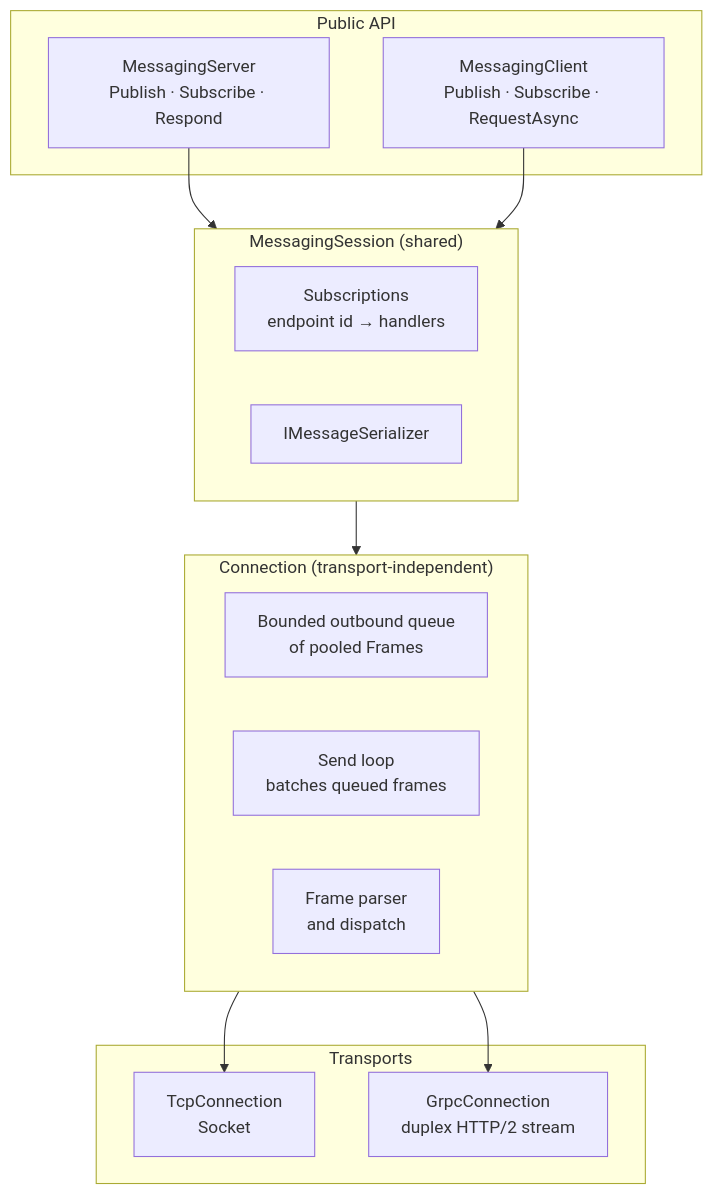
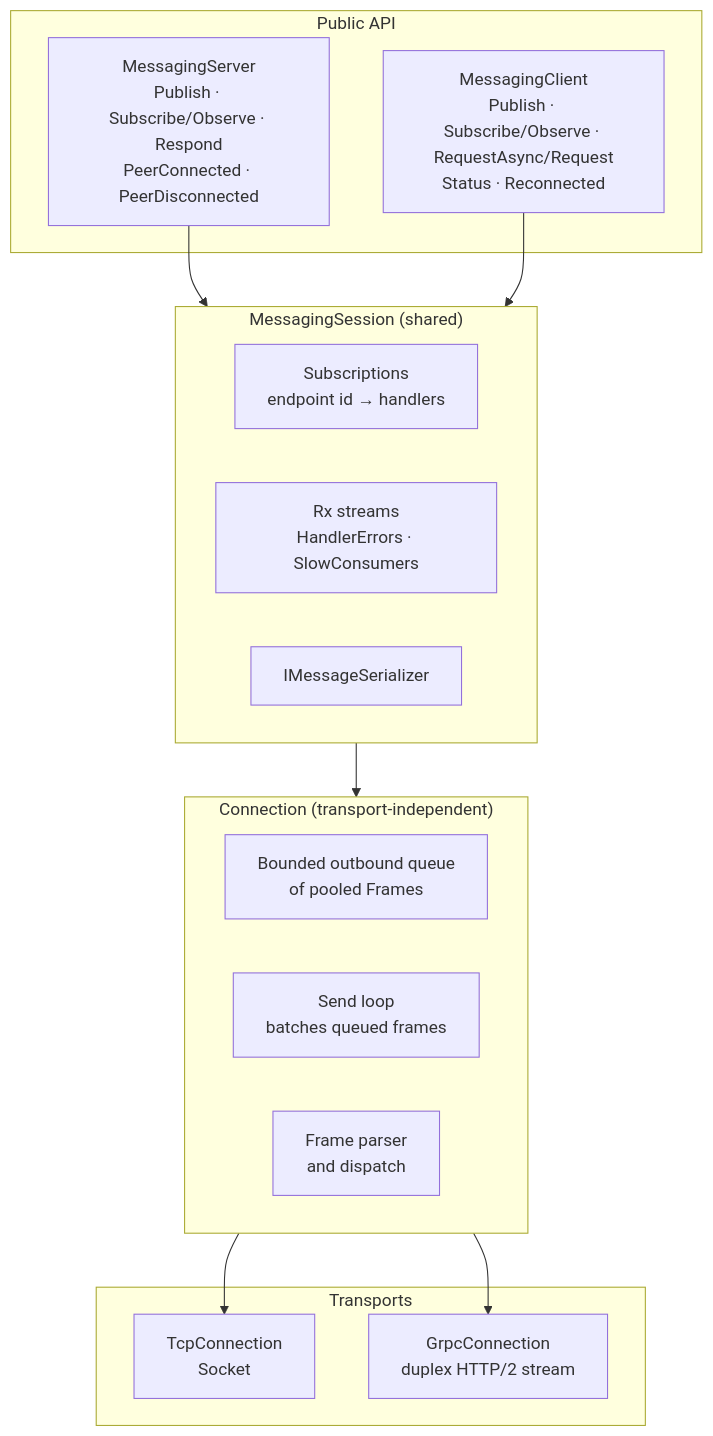
One commit to jeanhibbert/Dcs.Messaging changed the first of 6 diagrams in Lab/docs/ARCHITECTURE.md. Above: the diagram before and after it, drawn with Mermaid. The commit also changed other lines of this file and 18 other files, not shown here.

````diff
--- a/Lab/docs/ARCHITECTURE.md
+++ b/Lab/docs/ARCHITECTURE.md
@@ -21,25 +22,26 @@
 ```mermaid
 flowchart TB
     subgraph Public["Public API"]
-        Server["MessagingServer<br/>Publish · Subscribe · Respond"]
-        Client["MessagingClient<br/>Publish · Subscribe · RequestAsync"]
+        Server["MessagingServer<br/>Publish · Subscribe/Observe · Respond<br/>PeerConnected · PeerDisconnected"]
+        Client["MessagingClient<br/>Publish · Subscribe/Observe · RequestAsync/Request<br/>Status · Reconnected"]
     end
     subgraph Session["MessagingSession (shared)"]
         Subs["Subscriptions<br/>endpoint id → handlers"]
+        Streams["Rx streams<br/>HandlerErrors · SlowConsumers"]
         Ser["IMessageSerializer"]
     end
     subgraph Conn["Connection (transport-independent)"]
         Queue["Bounded outbound queue<br/>of pooled Frames"]
         SendLoop["Send loop<br/>batches queued frames"]
         Parse["Frame parser<br/>and dispatch"]
     end
     subgraph Transports
         Tcp["TcpConnection<br/>Socket"]
         Grpc["GrpcConnection<br/>duplex HTTP/2 stream"]
     end
     Server --> Session
     Client --> Session
     Session --> Conn
     Conn --> Tcp
     Conn --> Grpc
 ```
````
